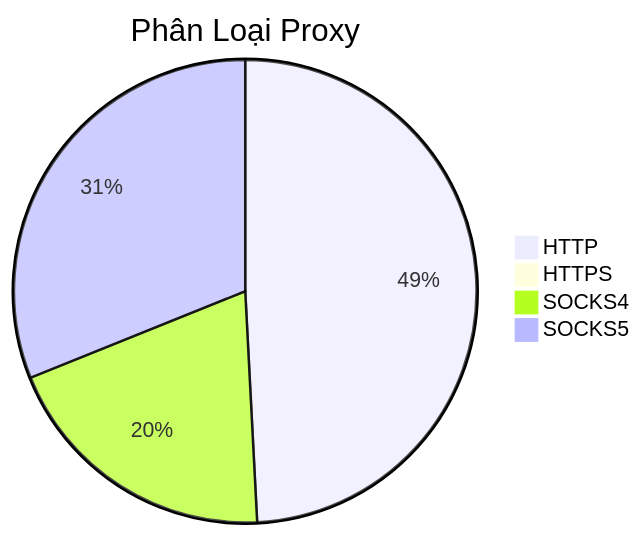
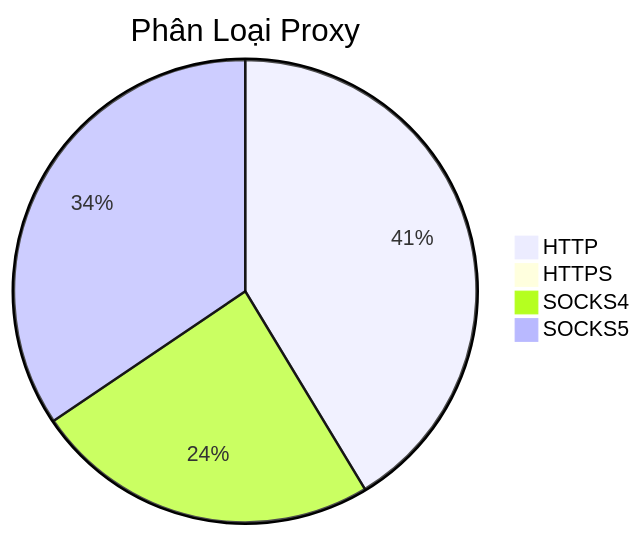
The diagram in README.md (Ciara-12/PROXY-free), drawn with Mermaid before and after one commit. The commit also changed other lines of this file and 4 other files, not shown here.

````diff
--- a/README.md
+++ b/README.md
@@ -26,7 +26,7 @@
 ```mermaid
 pie title Phân Loại Proxy
-    "HTTP" : 987
-    "HTTPS" : 1
-    "SOCKS4" : 396
-    "SOCKS5" : 624
+    "HTTP" : 535
+    "HTTPS" : 0
+    "SOCKS4" : 313
+    "SOCKS5" : 446
 ```
````
